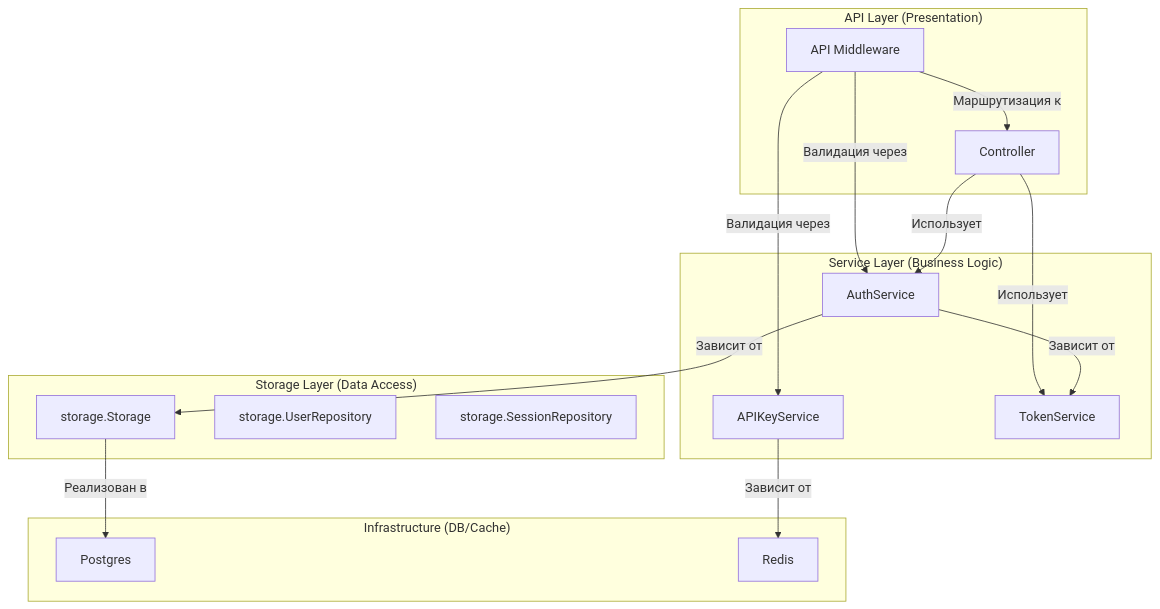
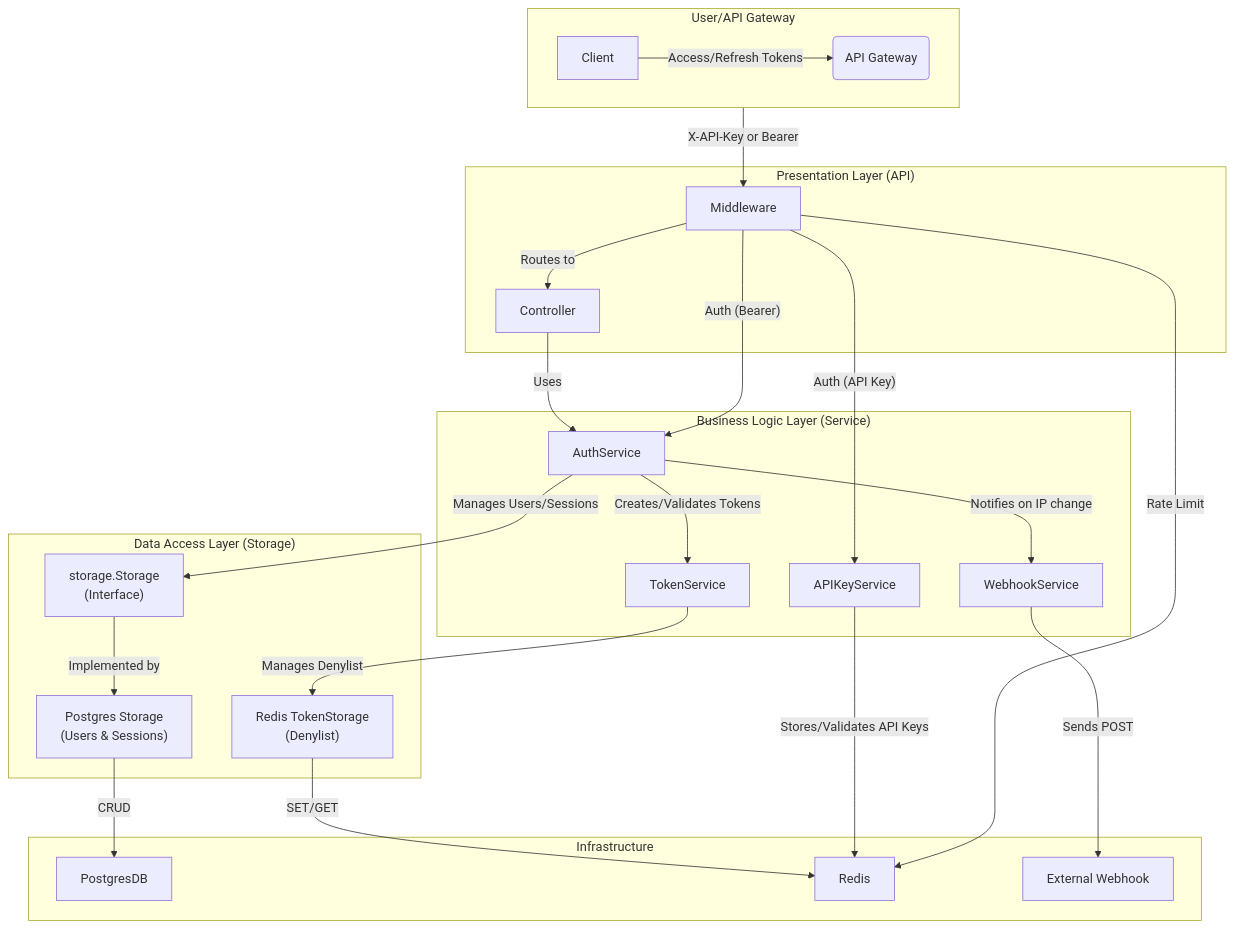
The diagram in README.md (Rryowa/medods_dvortsov), drawn with Mermaid before and after one commit.

Commit message:
readme upd

````diff
--- a/README.md
+++ b/README.md
@@ -37,32 +37,55 @@
 ```mermaid
 graph TD
-    subgraph "API Layer (Presentation)"
-        A[API Middleware]
+    subgraph "User/API Gateway"
+        direction LR
+        User[Client]
+        Gateway(API Gateway)
+    end
+
+    subgraph "Presentation Layer (API)"
+        A[Middleware]
         B[Controller]
     end
 
-    subgraph "Service Layer (Business Logic)"
+    subgraph "Business Logic Layer (Service)"
         C[AuthService]
         D[APIKeyService]
         E[TokenService]
+        W[WebhookService]
     end
 
-    subgraph "Storage Layer (Data Access)"
-        F[storage.Storage]
-        G[storage.UserRepository]
-        H[storage.SessionRepository]
+    subgraph "Data Access Layer (Storage)"
+        F["storage.Storage\n(Interface)"]
+        F_PG["Postgres Storage\n(Users & Sessions)"]
+        F_RD["Redis TokenStorage\n(Denylist)"]
     end
 
-    subgraph "Infrastructure (DB/Cache)"
-        I[Postgres]
+    subgraph "Infrastructure"
+        I[PostgresDB]
         J[Redis]
+        K[External Webhook]
     end
 
-    %% Define Dependencies
-    A -- "Валидация через" --> C & D
-    A -- "Маршрутизация к" --> B
-    B -- "Использует" --> C & E
-    C -- "Зависит от" --> E & F
-    D -- "Зависит от" --> J
-    F -- "Реализован в" --> I
+    %% Dependencies
+    User -- "Access/Refresh Tokens" --> Gateway
+    Gateway -- "X-API-Key or Bearer" --> A
+
+    A -- "Rate Limit" --> J
+    A -- "Auth (API Key)" --> D
+    A -- "Auth (Bearer)" --> C
+    A -- "Routes to" --> B
+
+    B -- "Uses" --> C
+
+    C -- "Creates/Validates Tokens" --> E
+    C -- "Manages Users/Sessions" --> F
+    C -- "Notifies on IP change" --> W
+
+    D -- "Stores/Validates API Keys" --> J
+    E -- "Manages Denylist" --> F_RD
+    W -- "Sends POST" --> K
+
+    F -- "Implemented by" --> F_PG
+    F_PG -- "CRUD" --> I
+    F_RD -- "SET/GET" --> J
 ```
````
